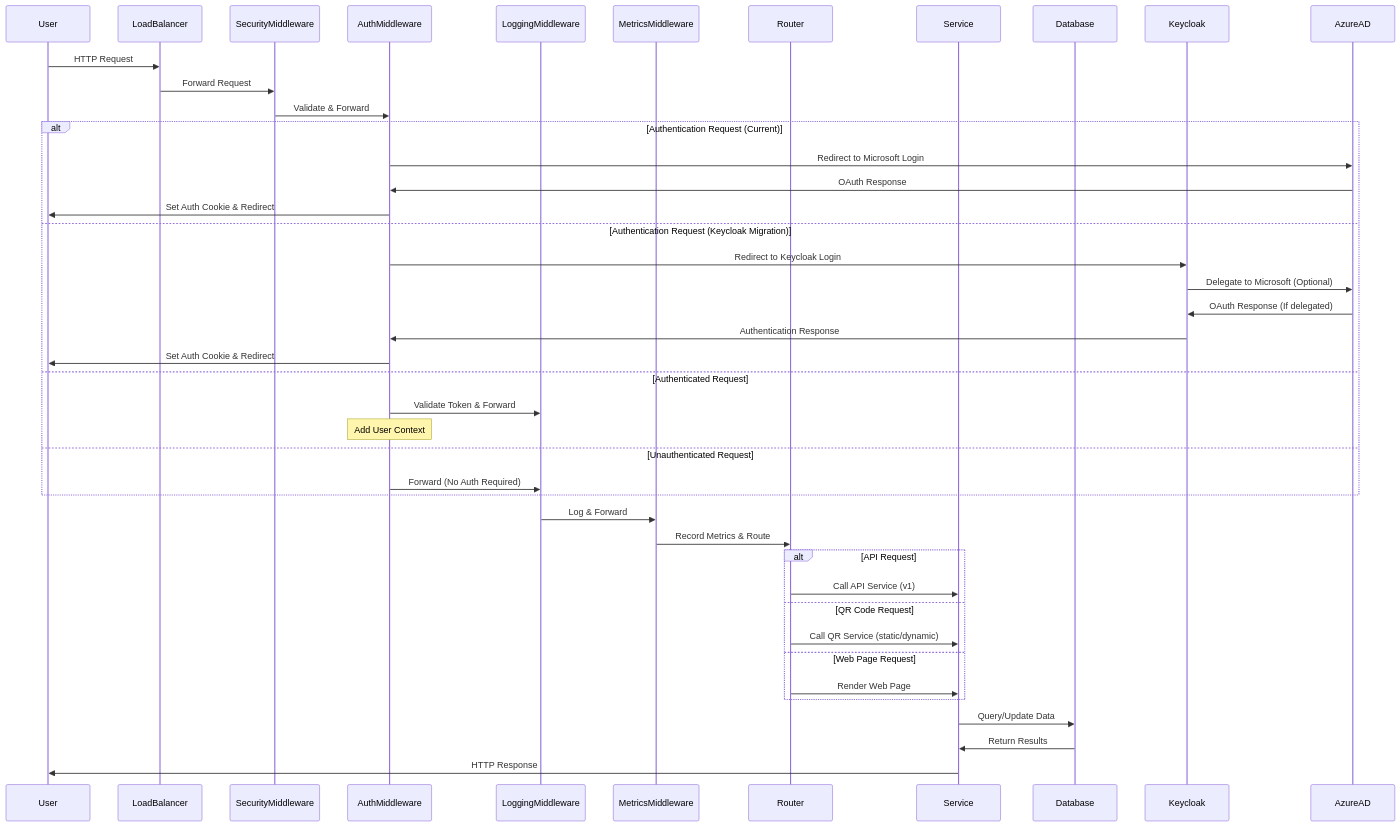
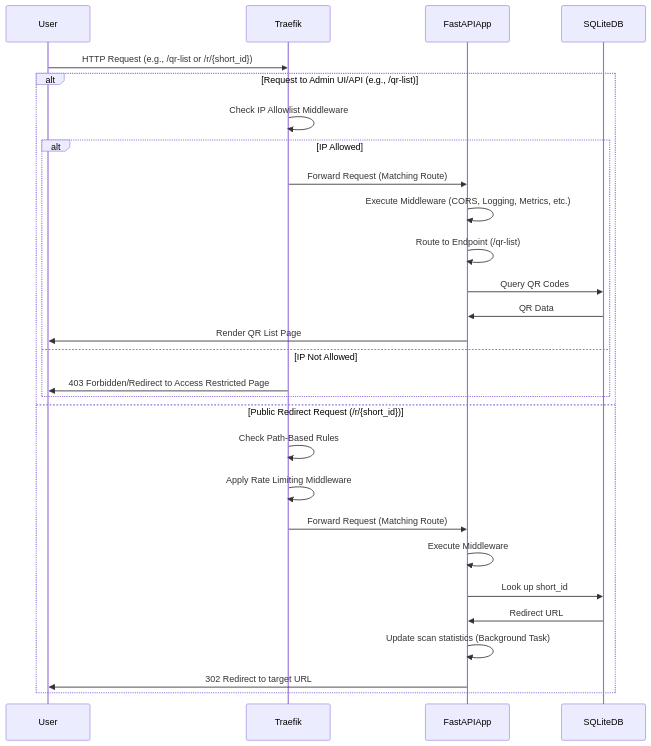
The third of 3 diagrams in STORY.md (gsinghjay/mvp_qr_gen), drawn with Mermaid before and after one commit. The commit also changed other lines of this file, not shown here.

Commit message:
docs: update project story to reflect security model evolution

````diff
--- a/STORY.md
+++ b/STORY.md
@@ -76,50 +59,34 @@
 ```mermaid
 sequenceDiagram
     participant User
-    participant LoadBalancer
-    participant SecurityMiddleware
-    participant AuthMiddleware
-    participant LoggingMiddleware
-    participant MetricsMiddleware
-    participant Router
-    participant Service
-    participant Database
-    participant Keycloak
-    participant AzureAD
-    
-    User->>LoadBalancer: HTTP Request
-    LoadBalancer->>SecurityMiddleware: Forward Request
-    SecurityMiddleware->>AuthMiddleware: Validate & Forward
-    
-    alt Authentication Request (Current)
-        AuthMiddleware->>AzureAD: Redirect to Microsoft Login
-        AzureAD->>AuthMiddleware: OAuth Response
-        AuthMiddleware->>User: Set Auth Cookie & Redirect
-    else Authentication Request (Keycloak Migration)
-        AuthMiddleware->>Keycloak: Redirect to Keycloak Login
-        Keycloak->>AzureAD: Delegate to Microsoft (Optional)
-        AzureAD->>Keycloak: OAuth Response (If delegated)
-        Keycloak->>AuthMiddleware: Authentication Response
-        AuthMiddleware->>User: Set Auth Cookie & Redirect
-    else Authenticated Request
-        AuthMiddleware->>LoggingMiddleware: Validate Token & Forward
-        Note over AuthMiddleware: Add User Context
-    else Unauthenticated Request
-        AuthMiddleware->>LoggingMiddleware: Forward (No Auth Required)
+    participant Traefik
+    participant FastAPIApp
+    participant SQLiteDB
+
+    User->>Traefik: HTTP Request (e.g., /qr-list or /r/{short_id})
+
+    alt Request to Admin UI/API (e.g., /qr-list)
+        Traefik->>Traefik: Check IP Allowlist Middleware
+        
+        alt IP Allowed
+            Traefik->>FastAPIApp: Forward Request (Matching Route)
+            FastAPIApp->>FastAPIApp: Execute Middleware (CORS, Logging, Metrics, etc.)
+            FastAPIApp->>FastAPIApp: Route to Endpoint (/qr-list)
+            FastAPIApp->>SQLiteDB: Query QR Codes
+            SQLiteDB->>FastAPIApp: QR Data
+            FastAPIApp->>User: Render QR List Page
+        else IP Not Allowed
+            Traefik->>User: 403 Forbidden/Redirect to Access Restricted Page
+        end
+        
+    else Public Redirect Request (/r/{short_id})
+        Traefik->>Traefik: Check Path-Based Rules
+        Traefik->>Traefik: Apply Rate Limiting Middleware
+        Traefik->>FastAPIApp: Forward Request (Matching Route)
+        FastAPIApp->>FastAPIApp: Execute Middleware
+        FastAPIApp->>SQLiteDB: Look up short_id
+        SQLiteDB->>FastAPIApp: Redirect URL
+        FastAPIApp->>FastAPIApp: Update scan statistics (Background Task)
+        FastAPIApp->>User: 302 Redirect to target URL
     end
-    
-    LoggingMiddleware->>MetricsMiddleware: Log & Forward
-    MetricsMiddleware->>Router: Record Metrics & Route
-    
-    alt API Request
-        Router->>Service: Call API Service (v1)
-    else QR Code Request
-        Router->>Service: Call QR Service (static/dynamic)
-    else Web Page Request
-        Router->>Service: Render Web Page
-    end
-    
-    Service->>Database: Query/Update Data
-    Database->>Service: Return Results
-    Service->>User: HTTP Response
 ```
````
